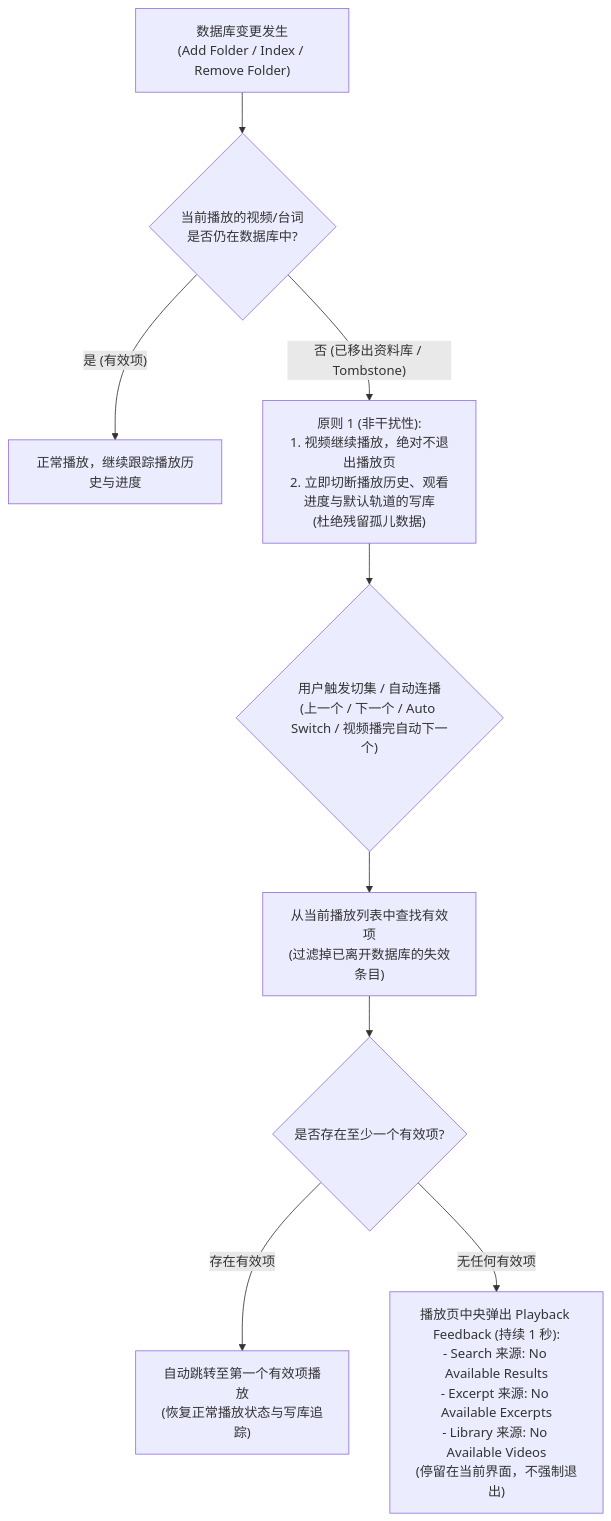
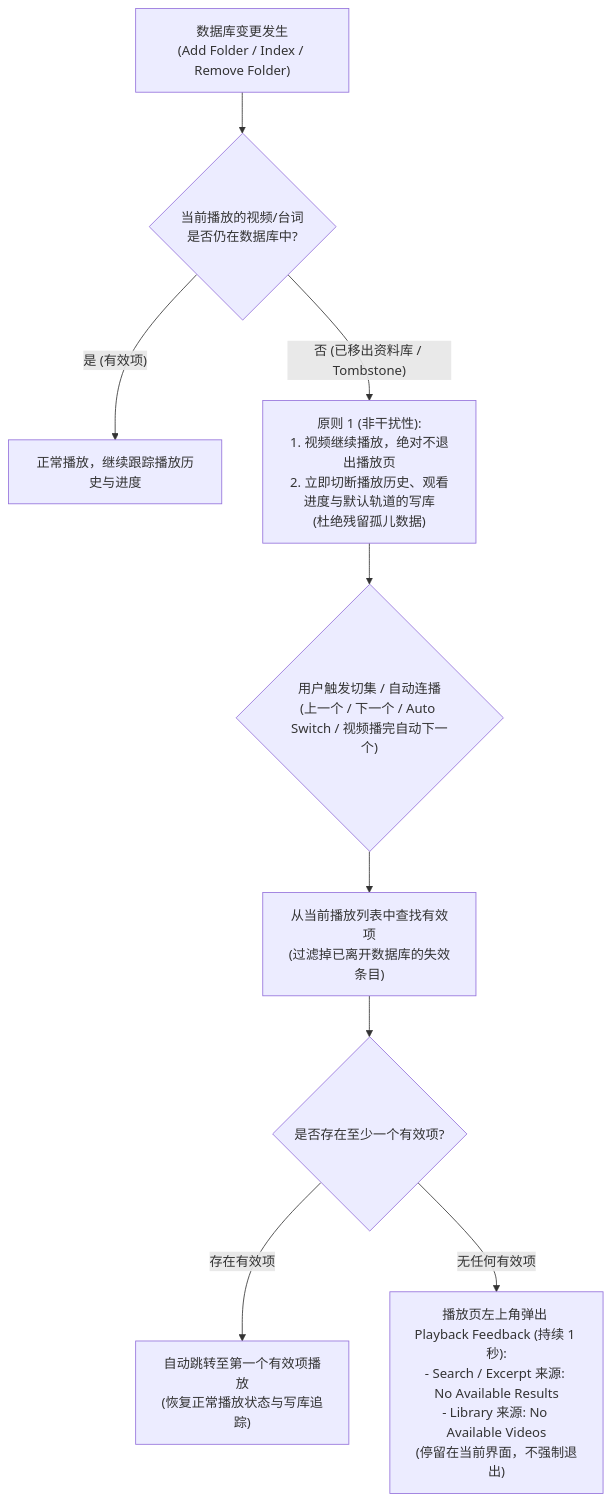
The second of 4 diagrams in docs/human/design/playback/Playback Edge Cases.md (weiyunjun/cueseeker), drawn with Mermaid before and after one commit. The commit also changed 7 other files, not shown here.

Commit message:
Docs: update UI and playback design docs for Playback Feedback and Toast separation and redesign (docs/human/requirements/20261105-UI-Playback Feedback And Toast Separation And Redesign.md)

````diff
--- a/docs/human/design/playback/Playback Edge Cases.md
+++ b/docs/human/design/playback/Playback Edge Cases.md
@@ -57,15 +57,15 @@
 ```mermaid
 flowchart TD
     DBMutate["数据库变更发生<br>(Add Folder / Index / Remove Folder)"] --> CheckCurrent{"当前播放的视频/台词<br>是否仍在数据库中?"}
 
     CheckCurrent -- "是 (有效项)" --> KeepPlaying["正常播放，继续跟踪播放历史与进度"]
     CheckCurrent -- "否 (已移出资料库 / Tombstone)" --> StalePlaying["原则 1 (非干扰性):<br>1. 视频继续播放，绝对不退出播放页<br>2. 立即切断播放历史、观看进度与默认轨道的写库<br>(杜绝残留孤儿数据)"]
 
     StalePlaying --> UserNavAction{"用户触发切集 / 自动连播<br>(上一个 / 下一个 / Auto Switch / 视频播完自动下一个)"}
 
     UserNavAction --> SearchNext["从当前播放列表中查找有效项<br>(过滤掉已离开数据库的失效条目)"]
     SearchNext --> FindValid{"是否存在至少一个有效项?"}
 
     FindValid -- "存在有效项" --> JumpValid["自动跳转至第一个有效项播放<br>(恢复正常播放状态与写库追踪)"]
-    FindValid -- "无任何有效项" --> NoValidFeedback["播放页中央弹出 Playback Feedback (持续 1 秒):<br>- Search 来源: No Available Results<br>- Excerpt 来源: No Available Excerpts<br>- Library 来源: No Available Videos<br>(停留在当前界面，不强制退出)"]
+    FindValid -- "无任何有效项" --> NoValidFeedback["播放页左上角弹出 Playback Feedback (持续 1 秒):<br>- Search / Excerpt 来源: No Available Results<br>- Library 来源: No Available Videos<br>(停留在当前界面，不强制退出)"]
 ```
````
